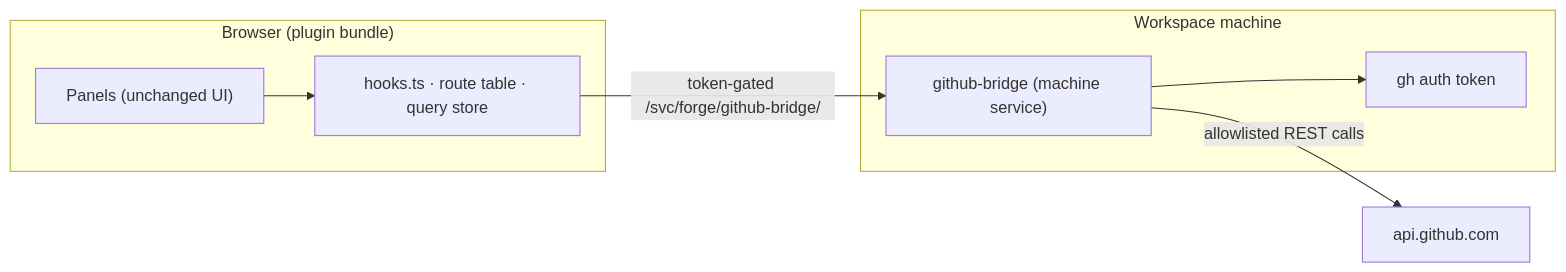
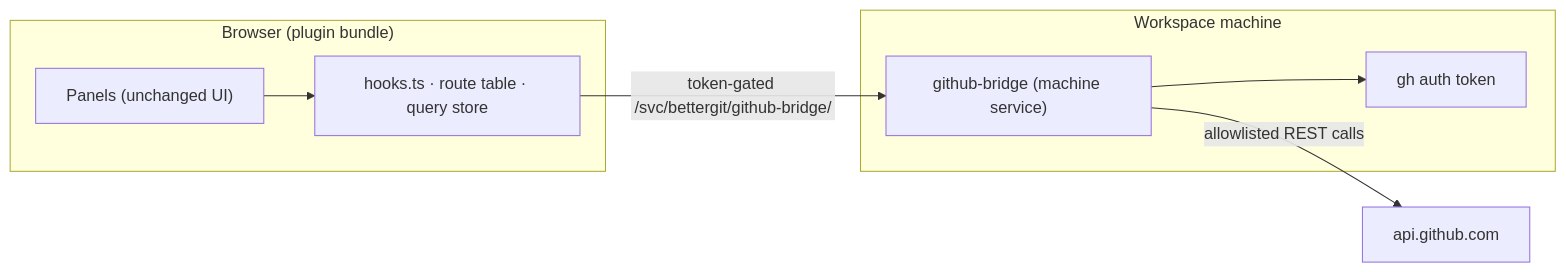
The diagram in README.md (forloopcodes/soft-machine-bettergit), drawn with Mermaid before and after one commit. The commit also changed other lines of this file and 75 other files, not shown here.

````diff
--- a/README.md
+++ b/README.md
@@ -16,11 +16,11 @@
 ```mermaid
 flowchart LR
   subgraph browser["Browser (plugin bundle)"]
     panels["Panels (unchanged UI)"] --> hooks["hooks.ts · route table · query store"]
   end
   subgraph vm["Workspace machine"]
     bridge["github-bridge (machine service)"] --> gh["gh auth token"]
   end
-  hooks -- "token-gated /svc/forge/github-bridge/" --> bridge
+  hooks -- "token-gated /svc/bettergit/github-bridge/" --> bridge
   bridge -- "allowlisted REST calls" --> github["api.github.com"]
 ```
````
